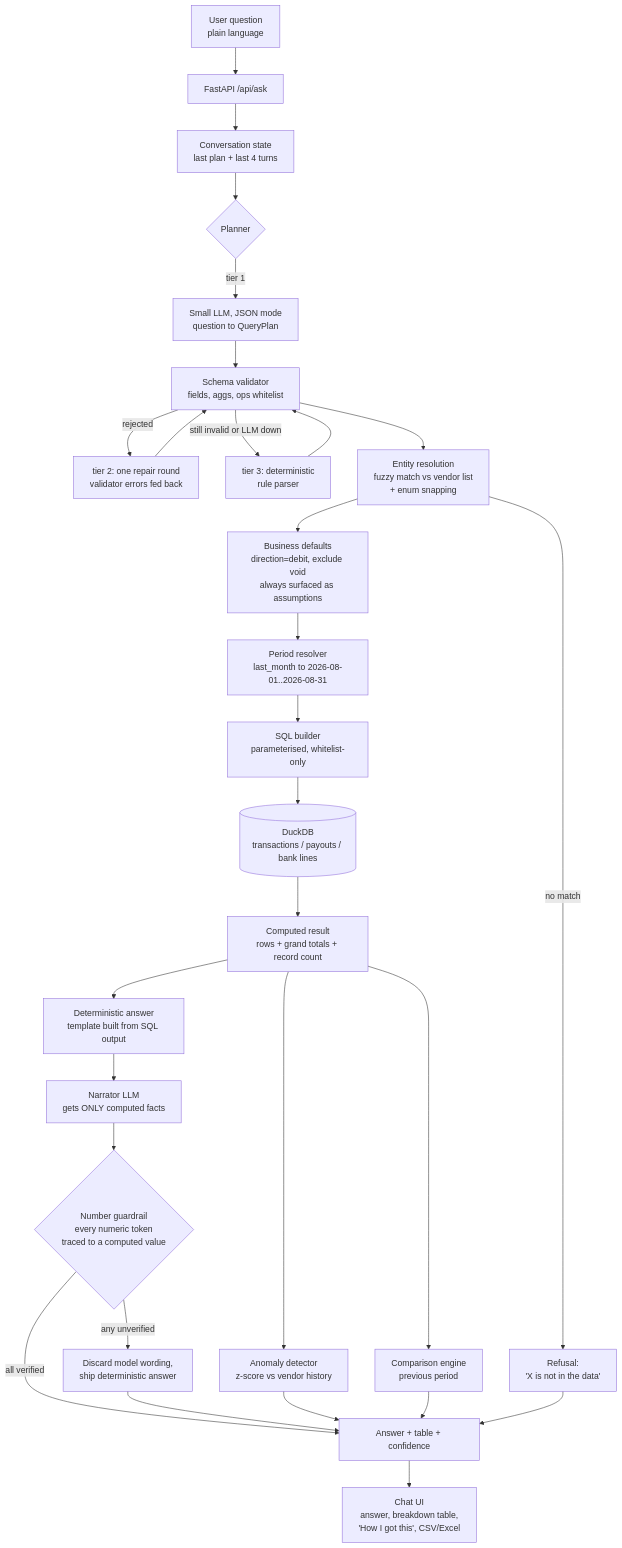
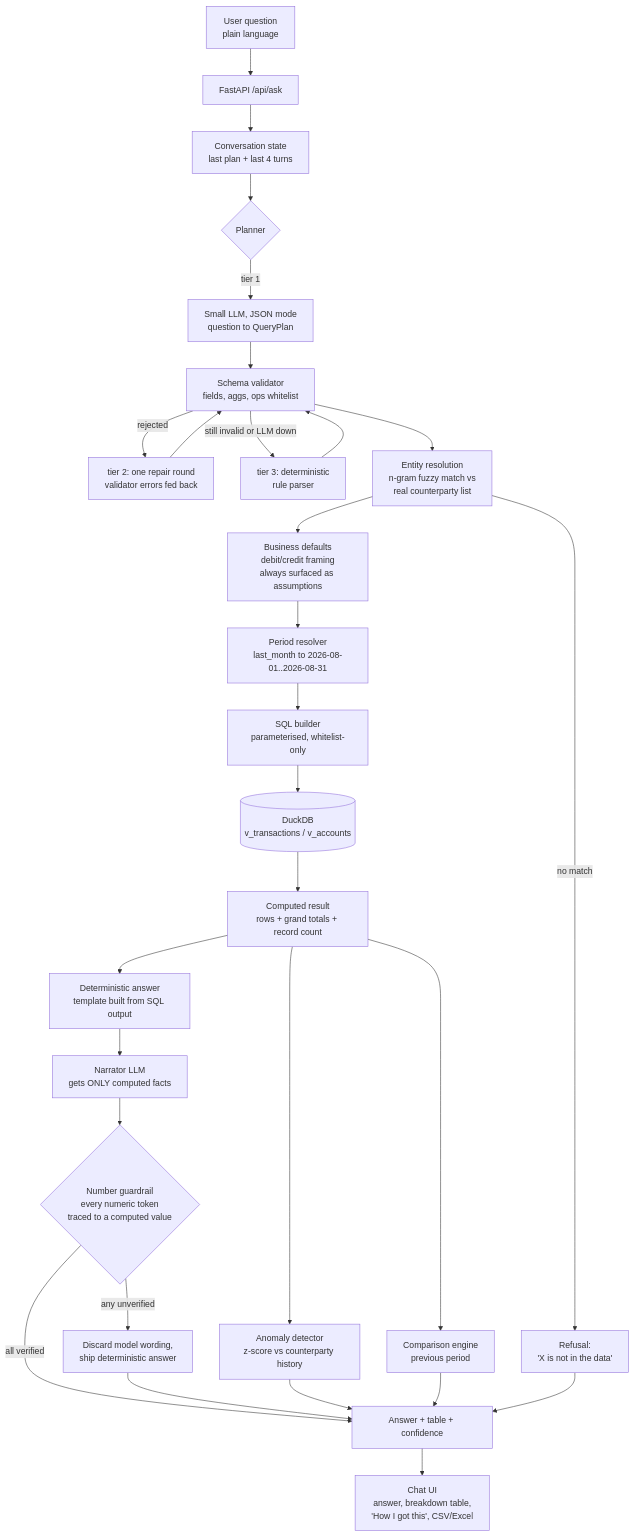
One commit to SuryaSachan/AI-Finance-Assistant changed the first of 2 diagrams in docs/architecture.md. Above: the diagram before and after it, drawn with Mermaid. The commit also changed other lines of this file and 23 other files, not shown here.

Commit message:
database Schema added

````diff
--- a/docs/architecture.md
+++ b/docs/architecture.md
@@ -5,35 +5,35 @@
 ```mermaid
 flowchart TD
     U[User question<br/>plain language] --> API[FastAPI /api/ask]
     API --> CTX[Conversation state<br/>last plan + last 4 turns]
     CTX --> P{Planner}
 
     P -->|tier 1| L1[Small LLM, JSON mode<br/>question to QueryPlan]
     L1 --> V[Schema validator<br/>fields, aggs, ops whitelist]
     V -->|rejected| L2[tier 2: one repair round<br/>validator errors fed back]
     L2 --> V
     V -->|still invalid or LLM down| R[tier 3: deterministic<br/>rule parser]
     R --> V
 
-    V --> E[Entity resolution<br/>fuzzy match vs vendor list<br/>+ enum snapping]
+    V --> E[Entity resolution<br/>n-gram fuzzy match vs<br/>real counterparty list]
     E -->|no match| REF[Refusal:<br/>'X is not in the data']
-    E --> D[Business defaults<br/>direction=debit, exclude void<br/>always surfaced as assumptions]
+    E --> D[Business defaults<br/>debit/credit framing<br/>always surfaced as assumptions]
     D --> T[Period resolver<br/>last_month to 2026-08-01..2026-08-31]
     T --> SQL[SQL builder<br/>parameterised, whitelist-only]
-    SQL --> DB[(DuckDB<br/>transactions / payouts / bank lines)]
+    SQL --> DB[(DuckDB<br/>v_transactions / v_accounts)]
 
     DB --> AGG[Computed result<br/>rows + grand totals + record count]
     AGG --> CMP[Comparison engine<br/>previous period]
-    AGG --> AN[Anomaly detector<br/>z-score vs vendor history]
+    AGG --> AN[Anomaly detector<br/>z-score vs counterparty history]
 
     AGG --> DET[Deterministic answer<br/>template built from SQL output]
     DET --> N[Narrator LLM<br/>gets ONLY computed facts]
     N --> G{Number guardrail<br/>every numeric token<br/>traced to a computed value}
     G -->|all verified| OUT[Answer + table + confidence]
     G -->|any unverified| DET2[Discard model wording,<br/>ship deterministic answer]
     DET2 --> OUT
     AN --> OUT
     CMP --> OUT
     REF --> OUT
     OUT --> UI[Chat UI<br/>answer, breakdown table,<br/>'How I got this', CSV/Excel]
 ```
````
